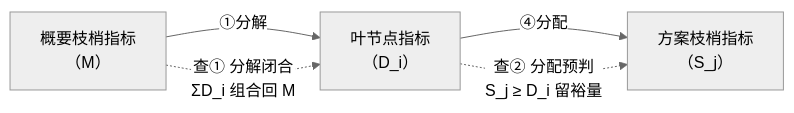
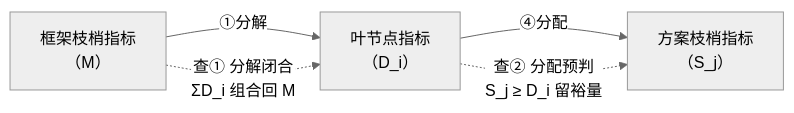
Before and after one commit to Yongjunzhou/AOS-system-design: the fifth of 5 diagrams in 50-系统工程研究/03-架构师是个怎样的物种/06-第6章-设计开发落地-需求与方案结对.md, drawn with Mermaid (neutral theme). The commit also changed other lines of this file and 60 other files, not shown here.

````diff
--- a/50-系统工程研究/03-架构师是个怎样的物种/06-第6章-设计开发落地-需求与方案结对.md
+++ b/50-系统工程研究/03-架构师是个怎样的物种/06-第6章-设计开发落地-需求与方案结对.md
@@ -924,7 +924,7 @@
 ```mermaid
 flowchart LR
-    M["概要枝梢指标<br/>（M）"] -->|"①分解"| D["叶节点指标<br/>（D_i）"]
+    M["框架枝梢指标<br/>（M）"] -->|"①分解"| D["叶节点指标<br/>（D_i）"]
     D -->|"④分配"| S["方案枝梢指标<br/>（S_j）"]
     M -.->|"查① 分解闭合<br/>ΣD_i 组合回 M"| D
     D -.->|"查② 分配预判<br/>S_j ≥ D_i 留裕量"| S
 ```
````
